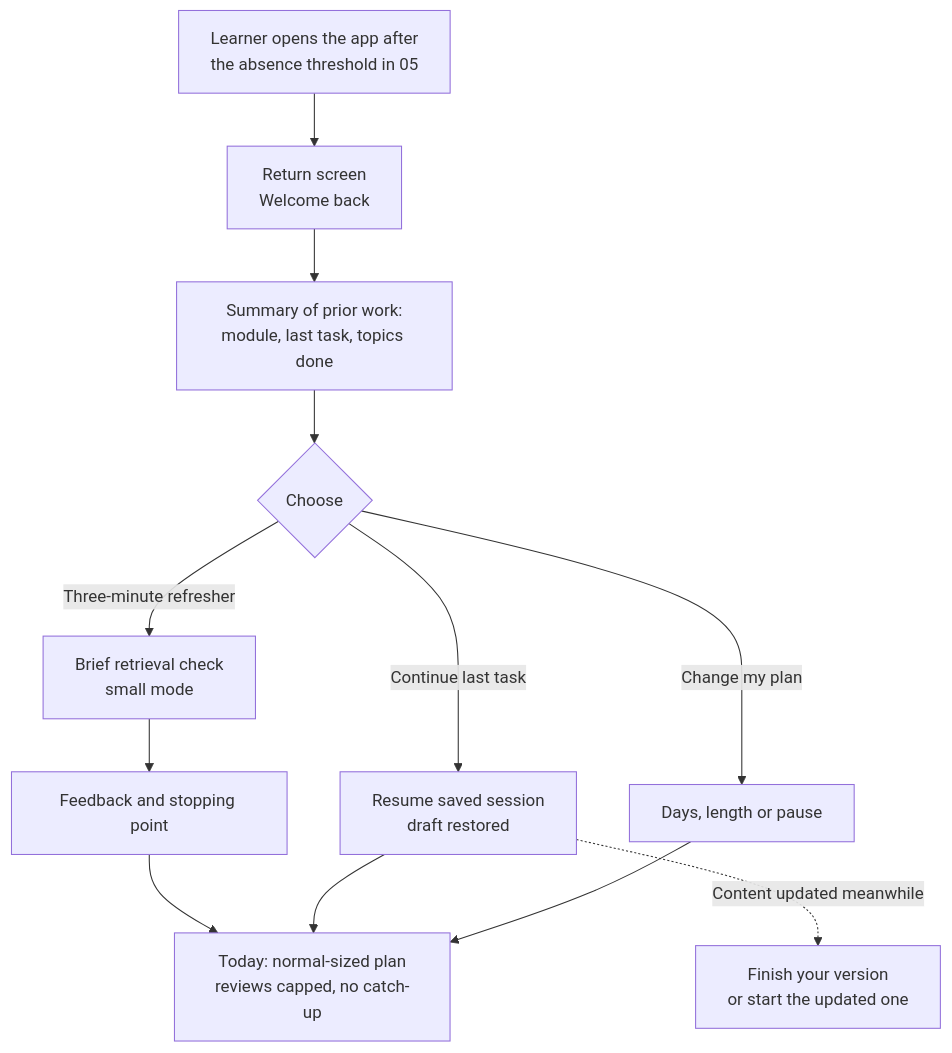
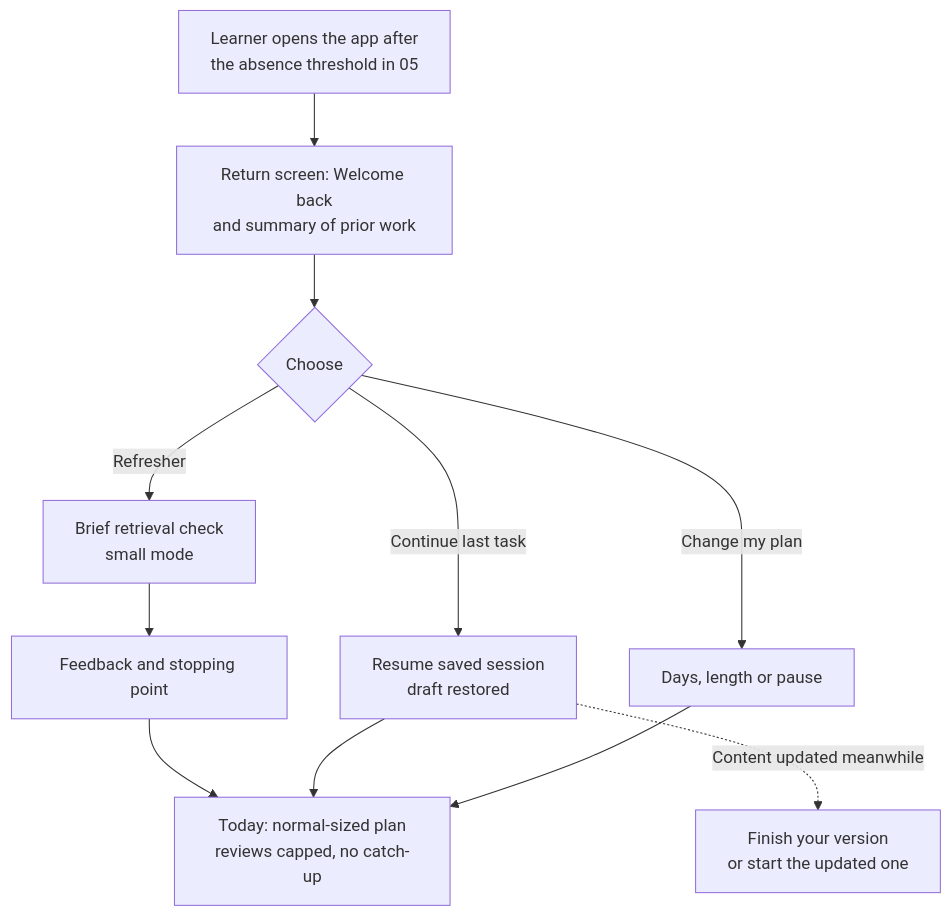
One commit to GhanshyamSoni68/app_idea changed the sixth of 12 diagrams in devstep/docs/08-ux-and-screens.md. Above: the diagram before and after it, drawn with Mermaid. The commit also changed other lines of this file and 5 other files, not shown here.

````diff
--- a/devstep/docs/08-ux-and-screens.md
+++ b/devstep/docs/08-ux-and-screens.md
@@ -219,14 +206,11 @@
 ```mermaid
 flowchart TD
-  E1["Learner opens the app after<br/>the absence threshold in 05"] --> E2["Return screen<br/>Welcome back"]
-  E2 --> E3["Summary of prior work:<br/>module, last task, topics done"]
-  E3 --> E4{"Choose"}
-  E4 -->|Three-minute refresher| E5["Brief retrieval check<br/>small mode"]
+  E1["Learner opens the app after<br/>the absence threshold in 05"] --> E2["Return screen: Welcome back<br/>and summary of prior work"] --> E4{"Choose"}
+  E4 -->|Refresher| E5["Brief retrieval check<br/>small mode"]
   E4 -->|Continue last task| E6["Resume saved session<br/>draft restored"]
   E4 -->|Change my plan| E7["Days, length or pause"]
-  E5 --> E8["Feedback and stopping point"]
-  E8 --> E9["Today: normal-sized plan<br/>reviews capped, no catch-up"]
+  E5 --> E8["Feedback and stopping point"] --> E9["Today: normal-sized plan<br/>reviews capped, no catch-up"]
   E6 --> E9
   E7 --> E9
   E6 -.->|Content updated meanwhile| E10["Finish your version<br/>or start the updated one"]
 ```
````
